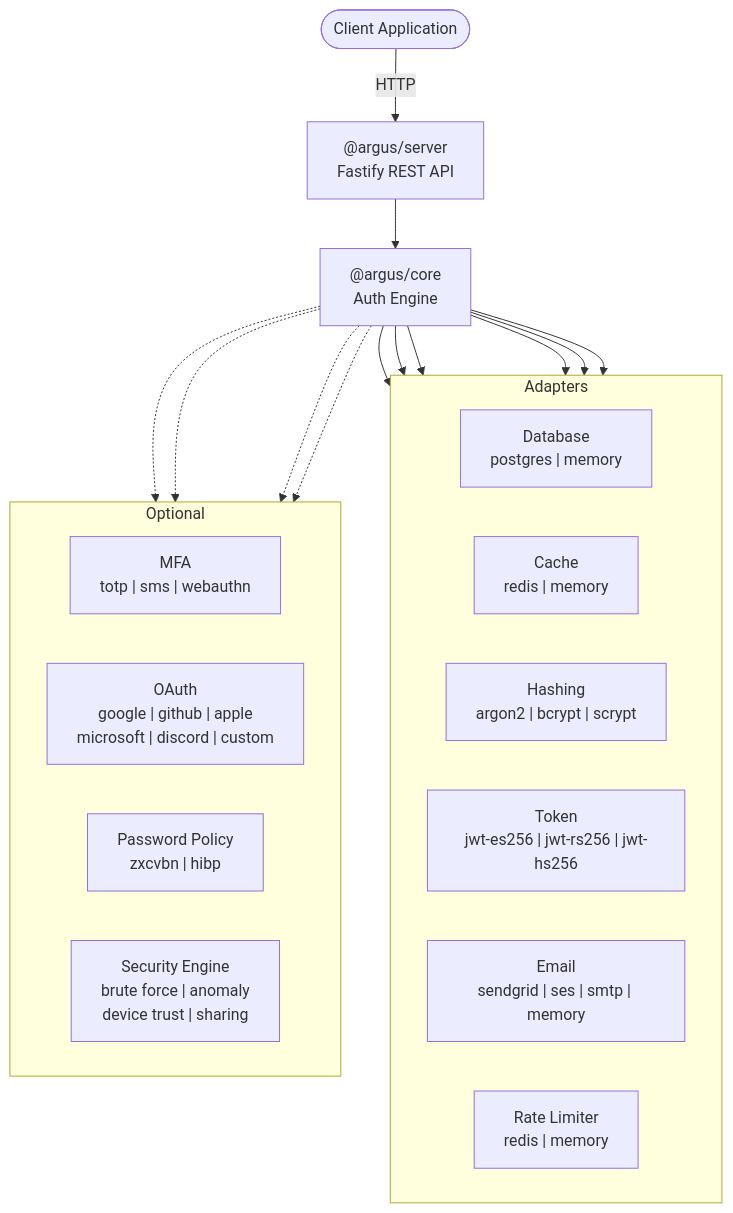
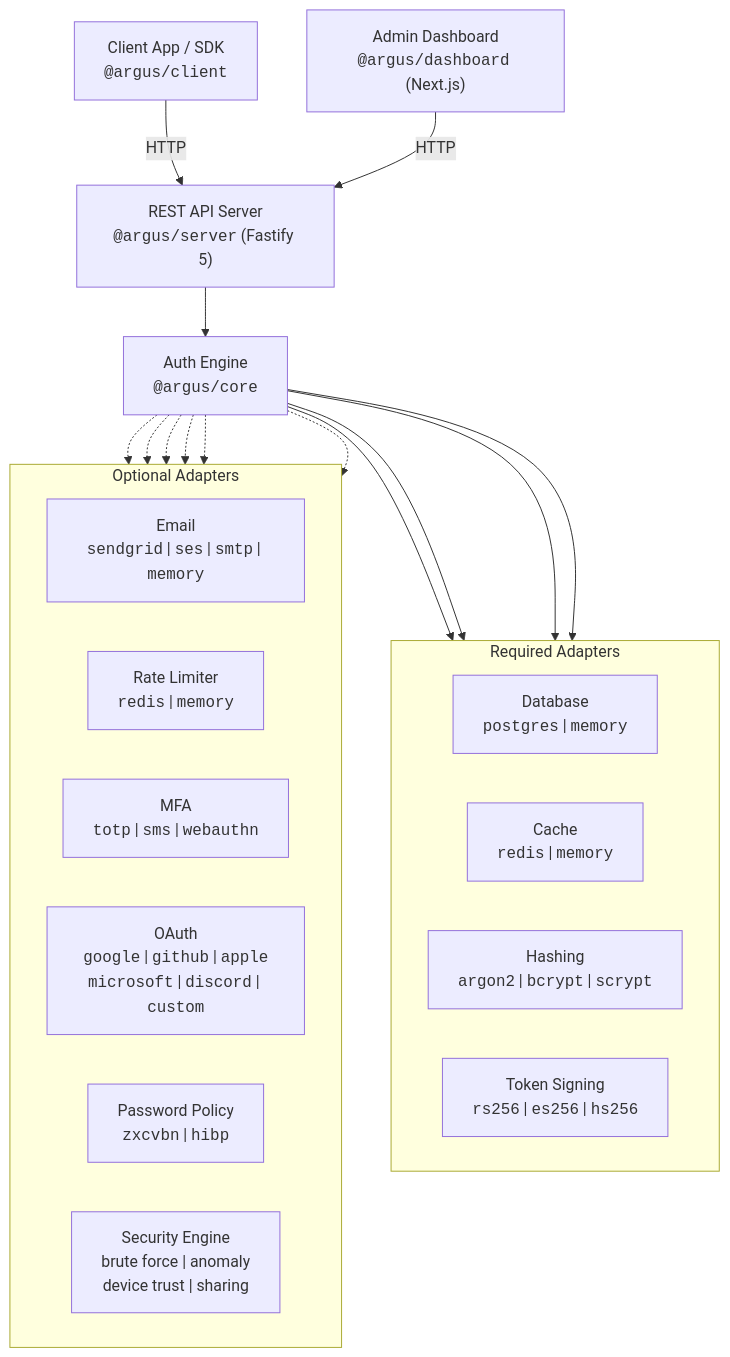
One commit to ayush-jadaun/argusJs changed the diagram in README.md. Above: the diagram before and after it, drawn with Mermaid. The commit also changed other lines of this file and 17 other files, not shown here.

````diff
--- a/README.md
+++ b/README.md
@@ -247,37 +109,39 @@
 ```mermaid
 graph TB
-    Client([Client Application])
-    Server["@argus/server<br/>Fastify REST API"]
-    Core["@argus/core<br/>Auth Engine"]
+    Client["Client App / SDK<br/><code>@argus/client</code>"]
+    Dashboard["Admin Dashboard<br/><code>@argus/dashboard</code> (Next.js)"]
+    Server["REST API Server<br/><code>@argus/server</code> (Fastify 5)"]
+    Core["Auth Engine<br/><code>@argus/core</code>"]
 
-    subgraph Adapters
+    subgraph "Required Adapters"
         direction LR
-        DB["Database<br/>postgres | memory"]
-        Cache["Cache<br/>redis | memory"]
-        Hash["Hashing<br/>argon2 | bcrypt | scrypt"]
-        Token["Token<br/>jwt-es256 | jwt-rs256 | jwt-hs256"]
-        Email["Email<br/>sendgrid | ses | smtp | memory"]
-        RL["Rate Limiter<br/>redis | memory"]
+        DB["Database<br/><code>postgres</code> | <code>memory</code>"]
+        Cache["Cache<br/><code>redis</code> | <code>memory</code>"]
+        Hash["Hashing<br/><code>argon2</code> | <code>bcrypt</code> | <code>scrypt</code>"]
+        Token["Token Signing<br/><code>rs256</code> | <code>es256</code> | <code>hs256</code>"]
     end
 
-    subgraph Optional
+    subgraph "Optional Adapters"
         direction LR
-        MFA["MFA<br/>totp | sms | webauthn"]
-        OAuth["OAuth<br/>google | github | apple<br/>microsoft | discord | custom"]
-        Policy["Password Policy<br/>zxcvbn | hibp"]
+        Email["Email<br/><code>sendgrid</code> | <code>ses</code> | <code>smtp</code> | <code>memory</code>"]
+        RL["Rate Limiter<br/><code>redis</code> | <code>memory</code>"]
+        MFA["MFA<br/><code>totp</code> | <code>sms</code> | <code>webauthn</code>"]
+        OAuth["OAuth<br/><code>google</code> | <code>github</code> | <code>apple</code><br/><code>microsoft</code> | <code>discord</code> | <code>custom</code>"]
+        Policy["Password Policy<br/><code>zxcvbn</code> | <code>hibp</code>"]
         Security["Security Engine<br/>brute force | anomaly<br/>device trust | sharing"]
     end
 
     Client -->|HTTP| Server
+    Dashboard -->|HTTP| Server
     Server --> Core
     Core --> DB
     Core --> Cache
     Core --> Hash
     Core --> Token
-    Core --> Email
-    Core --> RL
+    Core -.-> Email
+    Core -.-> RL
     Core -.-> MFA
     Core -.-> OAuth
     Core -.-> Policy
     Core -.-> Security
 ```
````
